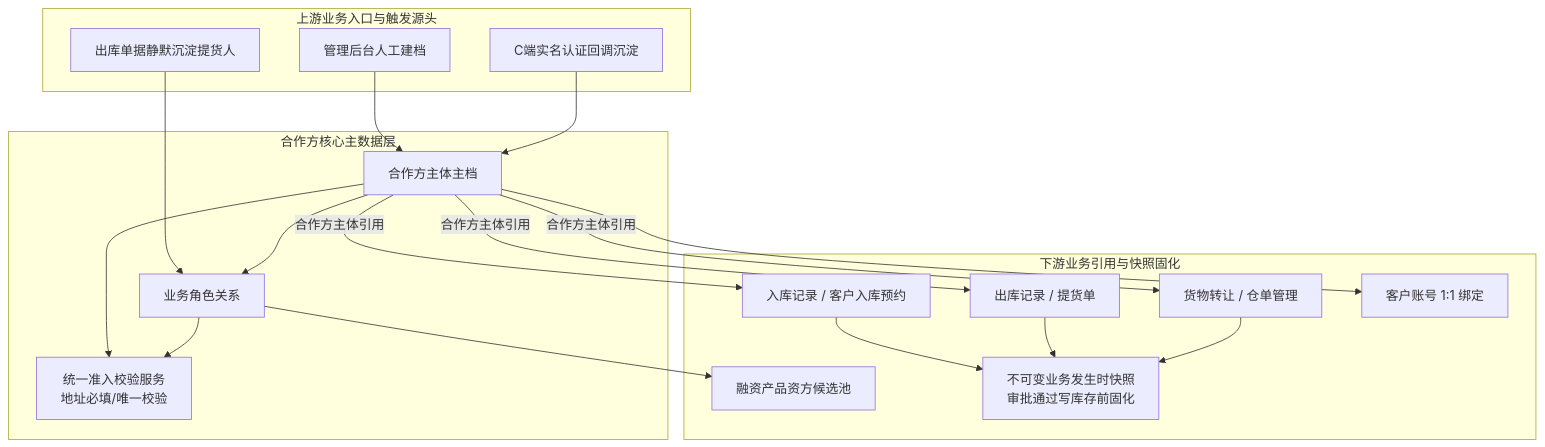
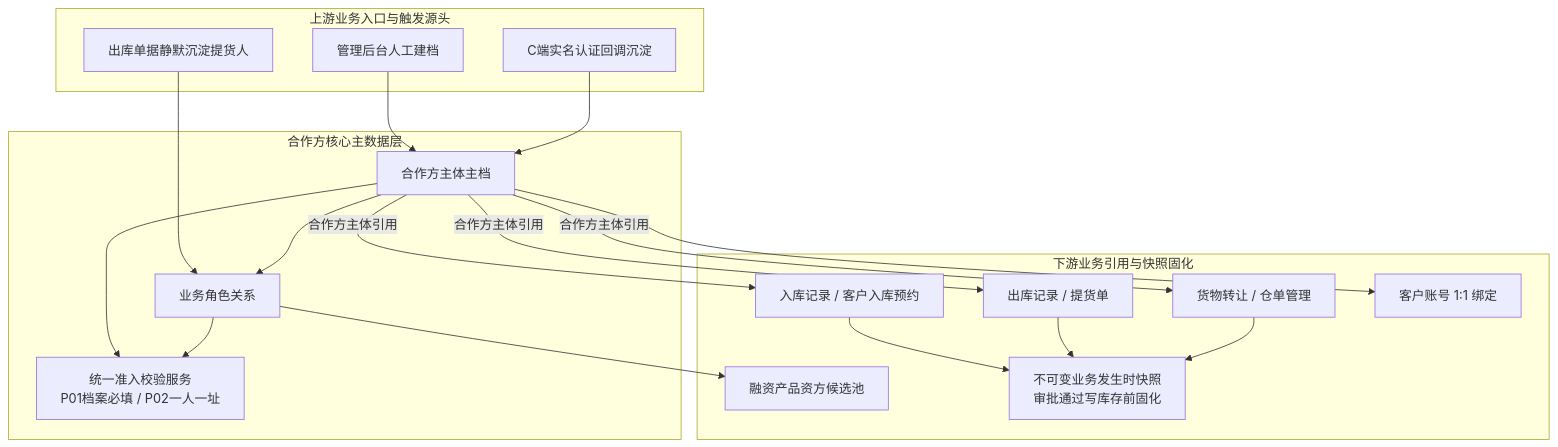
One commit to RobertHuang999/SYZC changed the diagram in 02-PRD文档/B-迭代需求/6.3版本（2026.09）/04-合作方档案/合作方档案主PRD.md. Above: the diagram before and after it, drawn with Mermaid. The commit also changed other lines of this file and 624 other files, not shown here.

````diff
--- a/02-PRD文档/B-迭代需求/6.3版本（2026.09）/04-合作方档案/合作方档案主PRD.md
+++ b/02-PRD文档/B-迭代需求/6.3版本（2026.09）/04-合作方档案/合作方档案主PRD.md
@@ -52,39 +52,39 @@
 ```mermaid
 flowchart TD
     subgraph S1[上游业务入口与触发源头]
         A1[管理后台人工建档]
         A2[C端实名认证回调沉淀]
         A3[出库单据静默沉淀提货人]
     end
 
     subgraph S2[合作方核心主数据层]
         B1[合作方主体主档]
         B2[业务角色关系]
-        B3[统一准入校验服务<br/>地址必填/唯一校验]
+        B3[统一准入校验服务<br/>P01档案必填 / P02一人一址]
     end
 
     subgraph S3[下游业务引用与快照固化]
         C1[入库记录 / 客户入库预约]
         C2[出库记录 / 提货单]
         C3[货物转让 / 仓单管理]
         C4[客户账号 1:1 绑定]
         C5[融资产品资方候选池]
         D1[不可变业务发生时快照<br/>审批通过写库存前固化]
     end
 
     A1 --> B1
     A2 --> B1
     A3 --> B2
     B1 --> B2
     B1 --> B3
     B2 --> B3
 
     B1 -->|合作方主体引用| C1
     B1 -->|合作方主体引用| C2
     B1 -->|合作方主体引用| C3
     B1 --> C4
     B2 --> C5
     C1 --> D1
     C2 --> D1
     C3 --> D1
 ```
````
